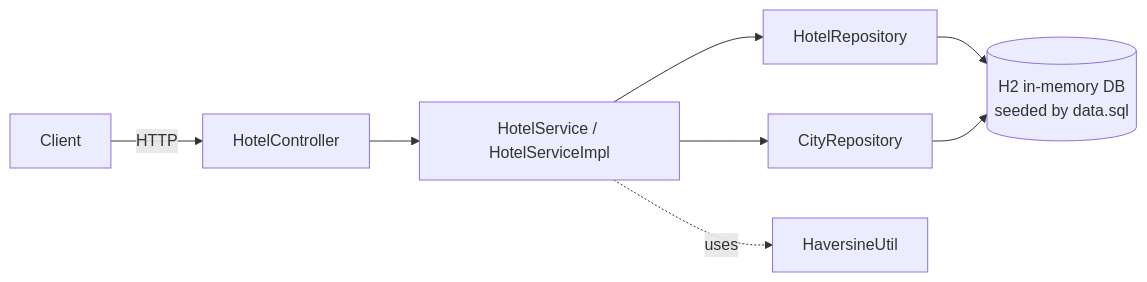
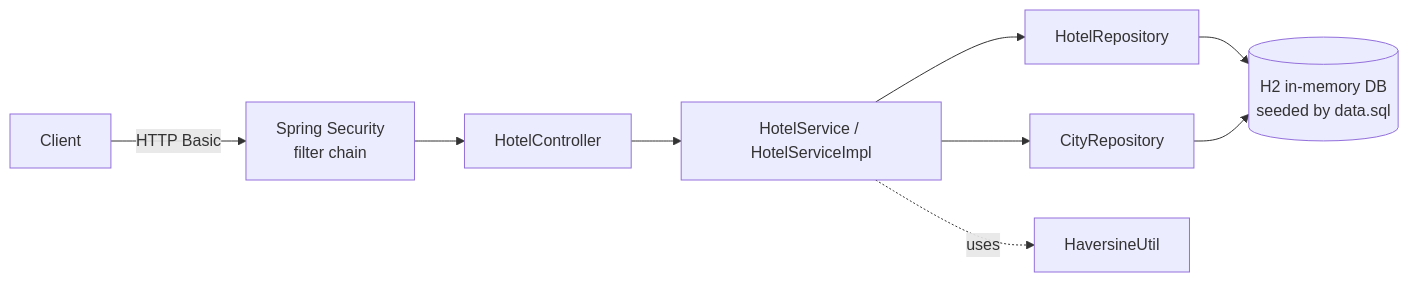
The first of 5 diagrams in PROJECT_FLOW.md (deepaknegi16/MyApplication), drawn with Mermaid before and after one commit. The commit also changed other lines of this file and 8 other files, not shown here.

````diff
--- a/PROJECT_FLOW.md
+++ b/PROJECT_FLOW.md
@@ -12,10 +13,11 @@
 ```mermaid
 flowchart LR
-    C[Client] -->|HTTP| A[HotelController]
+    C[Client] -->|HTTP Basic| S[Spring Security\nfilter chain]
+    S --> A[HotelController]
     A --> B[HotelService / HotelServiceImpl]
     B --> R1[HotelRepository]
     B --> R2[CityRepository]
     R1 --> DB[(H2 in-memory DB\nseeded by data.sql)]
     R2 --> DB
     B -.uses.-> H[HaversineUtil]
 ```
````
